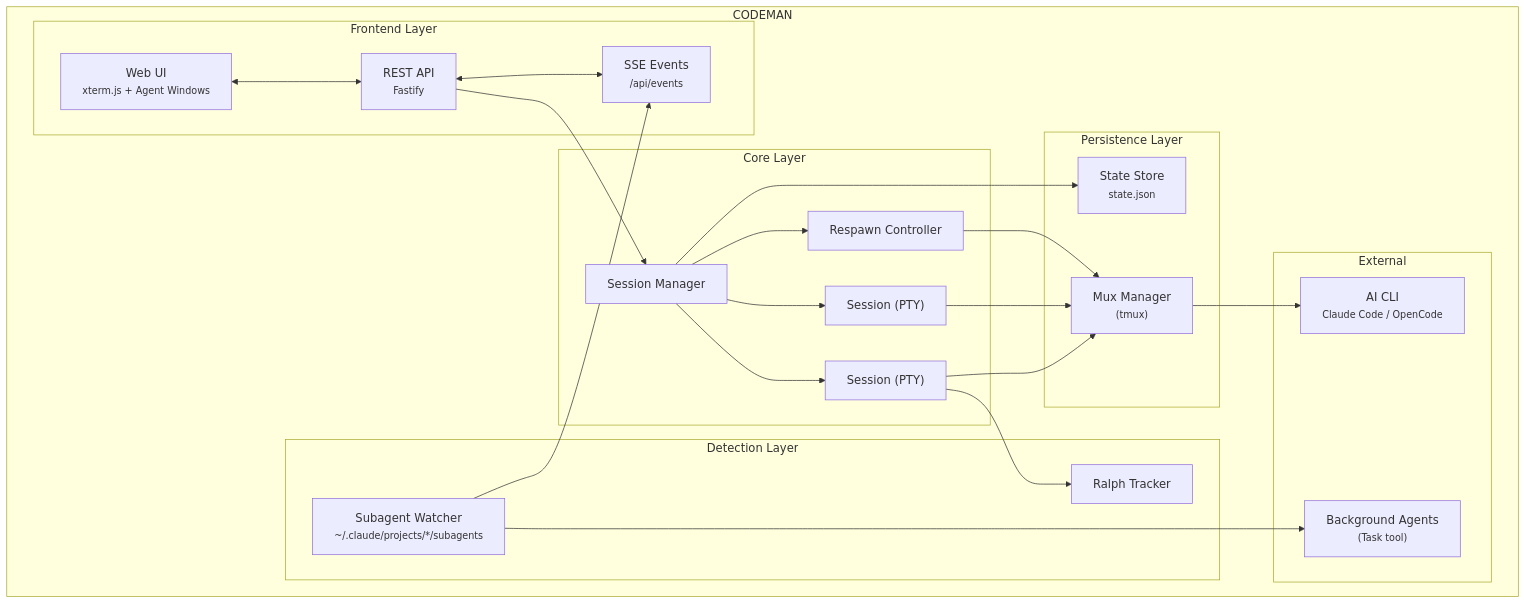
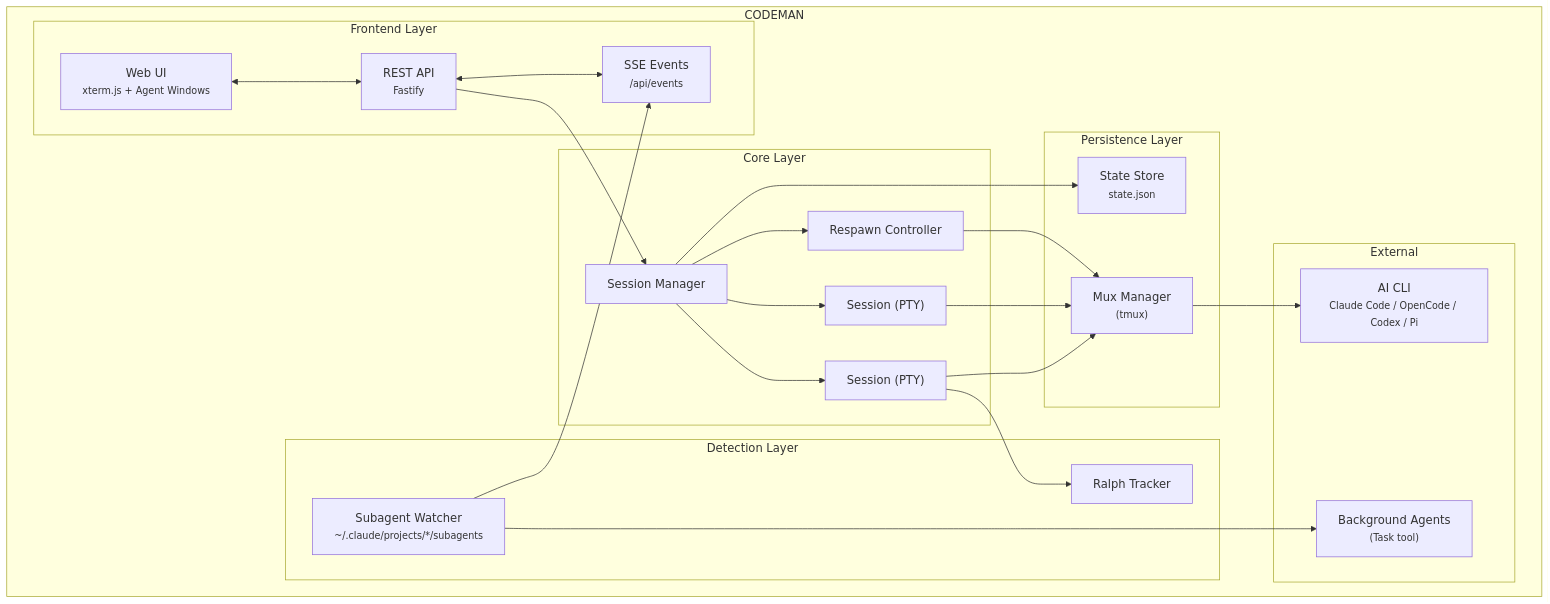
Before and after one commit to SGudbrandsson/Codeman: the diagram in README.md, drawn with Mermaid. The commit also changed other lines of this file and 4 other files, not shown here.

````diff
--- a/README.md
+++ b/README.md
@@ -450,47 +474,47 @@
 ```mermaid
 flowchart TB
     subgraph Codeman["CODEMAN"]
         subgraph Frontend["Frontend Layer"]
             UI["Web UI<br/><small>xterm.js + Agent Windows</small>"]
             API["REST API<br/><small>Fastify</small>"]
             SSE["SSE Events<br/><small>/api/events</small>"]
         end
 
         subgraph Core["Core Layer"]
             SM["Session Manager"]
             S1["Session (PTY)"]
             S2["Session (PTY)"]
             RC["Respawn Controller"]
         end
 
         subgraph Detection["Detection Layer"]
             RT["Ralph Tracker"]
             SW["Subagent Watcher<br/><small>~/.claude/projects/*/subagents</small>"]
         end
 
         subgraph Persistence["Persistence Layer"]
             SCR["Mux Manager<br/><small>(tmux)</small>"]
             SS["State Store<br/><small>state.json</small>"]
         end
 
         subgraph External["External"]
-            CLI["AI CLI<br/><small>Claude Code / OpenCode</small>"]
+            CLI["AI CLI<br/><small>Claude Code / OpenCode / Codex / Pi</small>"]
             BG["Background Agents<br/><small>(Task tool)</small>"]
         end
     end
 
     UI <--> API
     API <--> SSE
     API --> SM
     SM --> S1
     SM --> S2
     SM --> RC
     SM --> SS
     S1 --> RT
     S1 --> SCR
     S2 --> SCR
     RC --> SCR
     SCR --> CLI
     SW --> BG
     SW --> SSE
 ```
````
